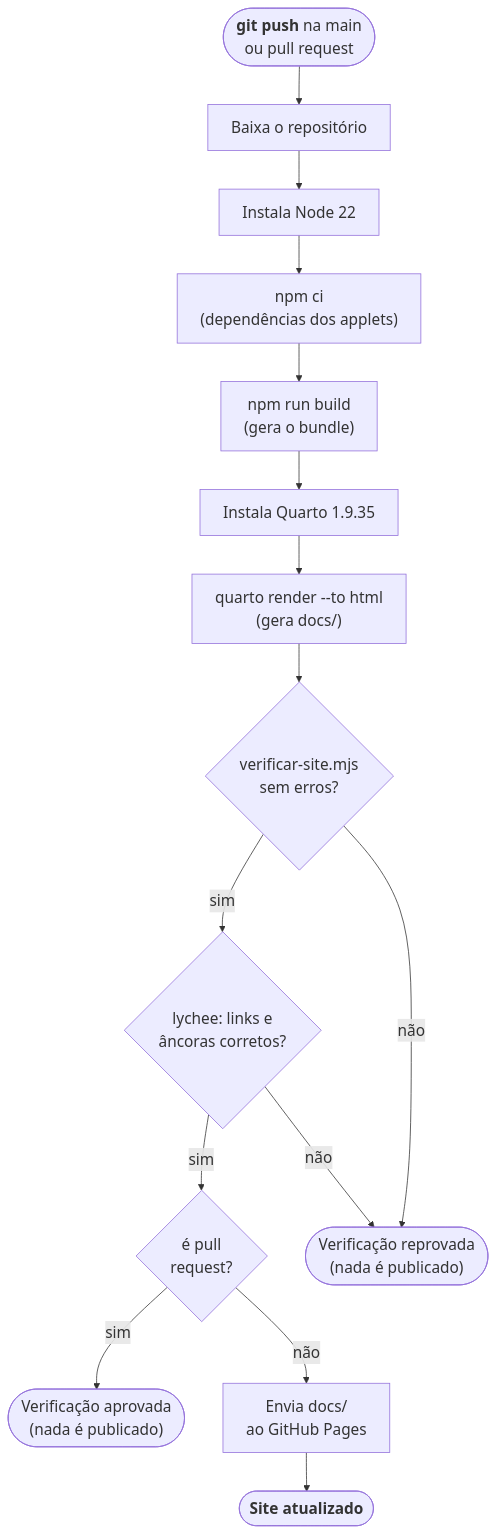
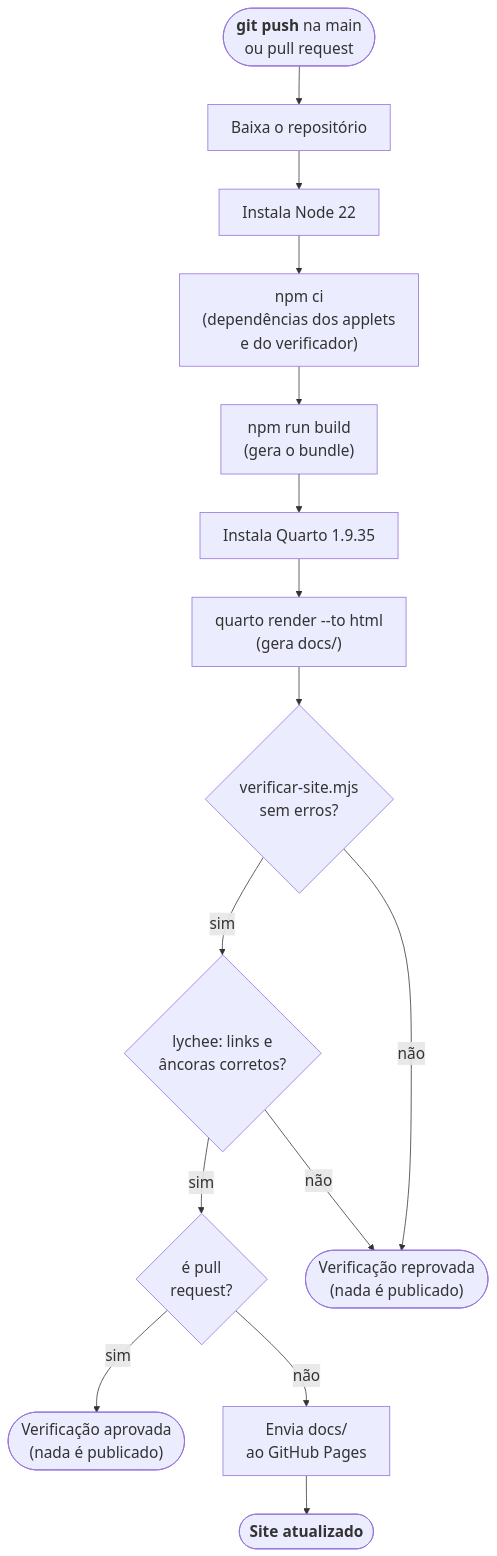
Before and after one commit to lcmerlo/livro-online-fcg: the eighth of 9 diagrams in _interno/diretrizes/arquitetura.md, drawn with Mermaid. The commit also changed other lines of this file and 4 other files, not shown here.

````diff
--- a/_interno/diretrizes/arquitetura.md
+++ b/_interno/diretrizes/arquitetura.md
@@ -404,26 +405,26 @@
 ```mermaid
 %%{init: {"themeVariables": {"fontSize": "20px"}, "flowchart": {"wrappingWidth": 420}}}%%
 flowchart TD
     push(["<b>git push</b> na main<br/>ou pull request"])
     co["Baixa o repositório"]
     node["Instala Node 22"]
-    ci["npm ci<br/>(dependências dos applets)"]
+    ci["npm ci<br/>(dependências dos applets<br/>e do verificador)"]
     build["npm run build<br/>(gera o bundle)"]
     qi["Instala Quarto 1.9.35"]
     render["quarto render --to html<br/>(gera docs/)"]
     t1{"verificar-site.mjs<br/>sem erros?"}
     t2{"lychee: links e<br/>âncoras corretos?"}
     pr{"é pull<br/>request?"}
     ok(["Verificação aprovada<br/>(nada é publicado)"])
     up["Envia docs/<br/>ao GitHub Pages"]
     dep(["<b>Site atualizado</b>"])
     fail(["Verificação reprovada<br/>(nada é publicado)"])
 
     push --> co --> node --> ci --> build --> qi --> render --> t1
     t1 -->|"sim"| t2
     t2 -->|"sim"| pr
     pr -->|"sim"| ok
     pr -->|"não"| up --> dep
     t1 -->|"não"| fail
     t2 -->|"não"| fail
 ```
````
